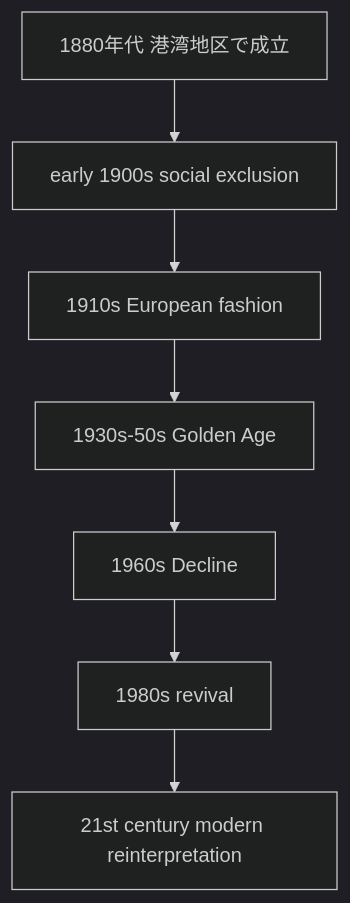
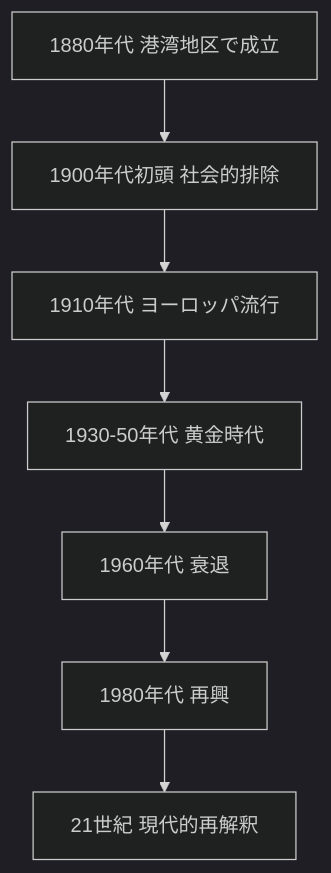
Before and after one commit to monumental-movement/monumental-movement.github.io: the diagram in en/_posts/2026-01-31-column-tango.md, drawn with Mermaid (dark theme). The commit also changed other lines of this file and 2196 other files, not shown here.

```diff
--- a/en/_posts/2026-01-31-column-tango.md
+++ b/en/_posts/2026-01-31-column-tango.md
@@ -181,9 +180,9 @@
 <div class="mermaid">
 graph TD
-A[1880年代 港湾地区で成立] --> B[early 1900s social exclusion]
-B --> C[1910s European fashion]
-C --> D[1930s-50s Golden Age]
-D --> E[1960s Decline]
-E --> F[1980s revival]
-F --> G[21st century modern reinterpretation]
+A[1880年代 港湾地区で成立] --> B[1900年代初頭 社会的排除]
+B --> C[1910年代 ヨーロッパ流行]
+C --> D[1930-50年代 黄金時代]
+D --> E[1960年代 衰退]
+E --> F[1980年代 再興]
+F --> G[21世紀 現代的再解釈]
 </div>
```
